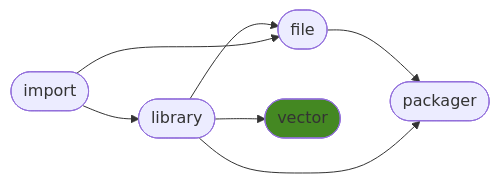
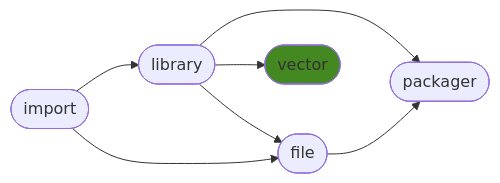
The diagram in README.md (ManderaGeneral/generalvector), drawn with Mermaid before and after one commit. The commit also changed other lines of this file, not shown here.

````diff
--- a/README.md
+++ b/README.md
@@ -24,15 +24,15 @@
 ```mermaid
 flowchart LR
-2([file]) --> 4([packager])
-1([library]) --> 2([file])
+1([library]) --> 4([packager])
 0([import]) --> 1([library])
 1([library]) --> 3([vector])
-1([library]) --> 4([packager])
+1([library]) --> 2([file])
+2([file]) --> 4([packager])
 0([import]) --> 2([file])
 click 0 "https://github.com/ManderaGeneral/generalimport"
 click 1 "https://github.com/ManderaGeneral/generallibrary"
 click 2 "https://github.com/ManderaGeneral/generalfile"
 click 3 "https://github.com/ManderaGeneral/generalvector"
 click 4 "https://github.com/ManderaGeneral/generalpackager"
 style 3 fill:#482
 ```
````
